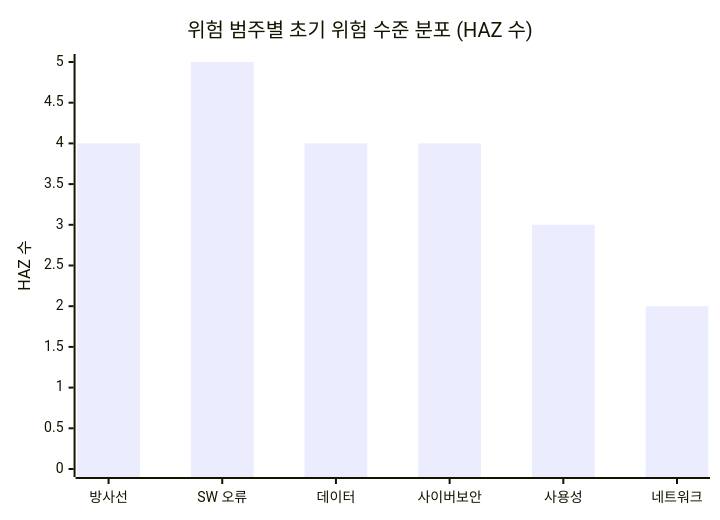
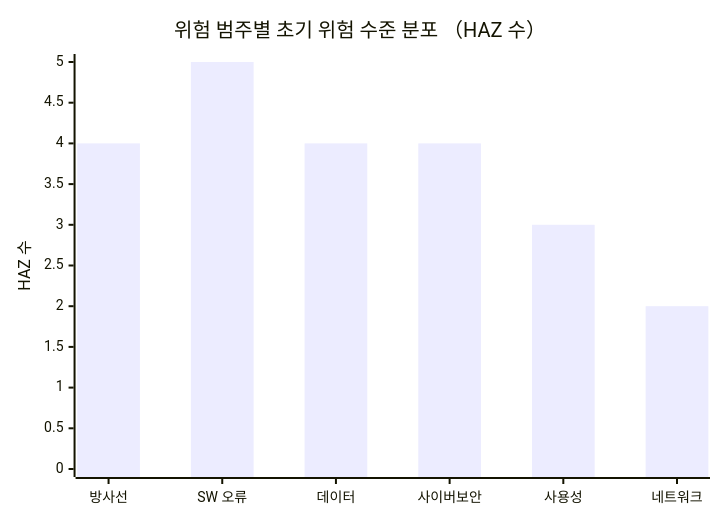
The fourth of 9 diagrams in docs/risk/DOC-010_RMR_v1.0.md (holee9/console-gui), drawn with Mermaid before and after one commit. The commit also changed other lines of this file and 19 other files, not shown here.

First line of the commit message:
fix: quadrantChart/pie/timeline 등 비flowchart 차트 파싱 오류 전면 수정

````diff
--- a/docs/risk/DOC-010_RMR_v1.0.md
+++ b/docs/risk/DOC-010_RMR_v1.0.md
@@ -271,7 +271,7 @@
 ```mermaid
 xychart-beta
-    title "위험 범주별 초기 위험 수준 분포 (HAZ 수)"
+    title "위험 범주별 초기 위험 수준 분포 （HAZ 수）"
     x-axis ["방사선", "SW 오류", "데이터", "사이버보안", "사용성", "네트워크"]
     y-axis "HAZ 수" 0 --> 5
     bar [4, 5, 4, 4, 3, 2]
 ```
````
